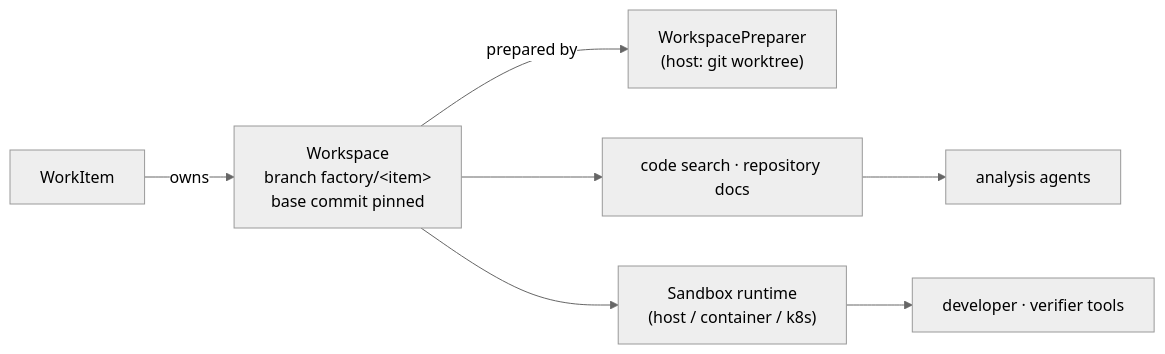
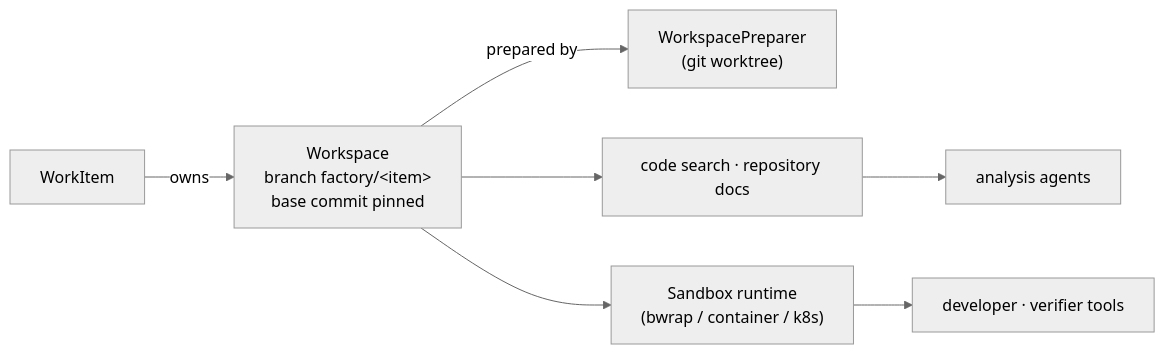
One commit to ron96g/software-factory changed the ninth of 10 diagrams in docs/architecture.md. Above: the diagram before and after it, drawn with Mermaid (neutral theme). The commit also changed other lines of this file and 142 other files, not shown here.

First line of the commit message:
feat: bwrap isolation, model proxy, AgentRuntime boundary (S2), and security hardening

````diff
--- a/docs/architecture.md
+++ b/docs/architecture.md
@@ -545,9 +548,9 @@
 ```mermaid
 flowchart LR
   WI[WorkItem] -- owns --> WS[Workspace<br/>branch factory/&lt;item&gt;<br/>base commit pinned]
-  WS -- prepared by --> P["WorkspacePreparer<br/>(host: git worktree)"]
+  WS -- prepared by --> P["WorkspacePreparer<br/>(git worktree)"]
   WS --> CS[code search · repository docs]
-  WS --> SB["Sandbox runtime<br/>(host / container / k8s)"]
+  WS --> SB["Sandbox runtime<br/>(bwrap / container / k8s)"]
   SB --> DEV[developer · verifier tools]
   CS --> AN[analysis agents]
 ```
````
